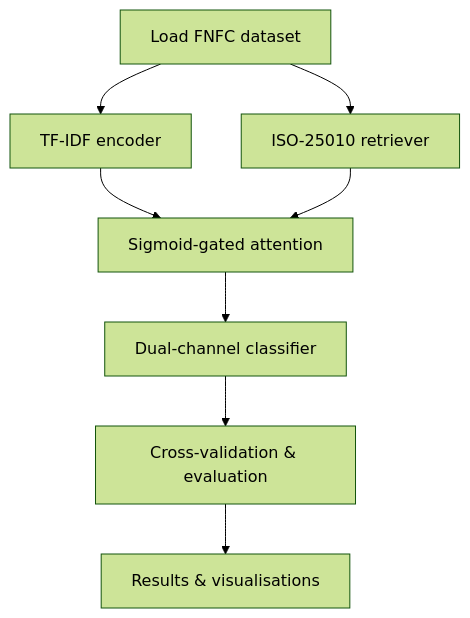
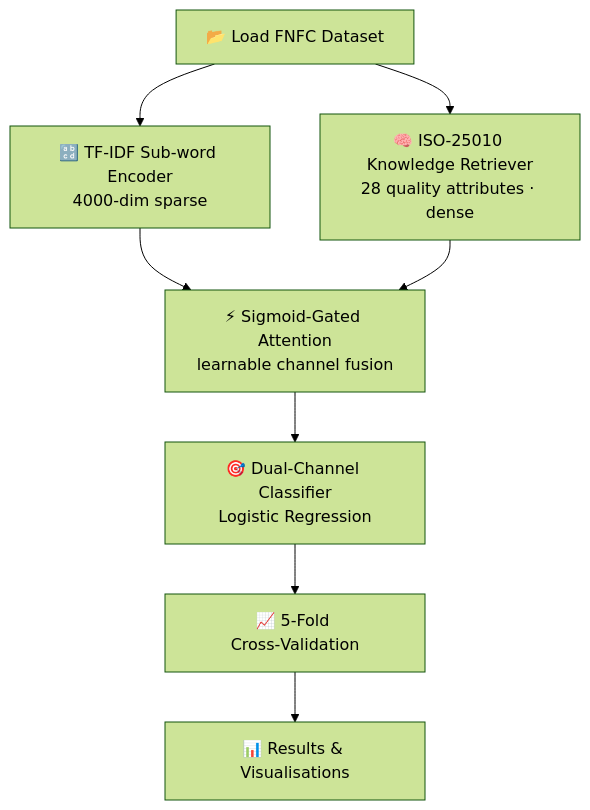
Before and after one commit to umertanveer25/iso-25010-rag: the diagram in README.md, drawn with Mermaid (forest theme). The commit also changed other lines of this file, not shown here.

````diff
--- a/README.md
+++ b/README.md
@@ -68,10 +43,10 @@
 ```mermaid
 flowchart TD
-    A[Load FNFC dataset] --> B[TF‑IDF encoder]
-    A --> C[ISO‑25010 retriever]
-    B --> D[Sigmoid‑gated attention]
+    A[📂 Load FNFC Dataset] --> B[🔡 TF‑IDF Sub‑word Encoder\n4000‑dim sparse]
+    A --> C[🧠 ISO‑25010 Knowledge Retriever\n28 quality attributes · dense]
+    B --> D[⚡ Sigmoid‑Gated Attention\nlearnable channel fusion]
     C --> D
-    D --> E[Dual‑channel classifier]
-    E --> F[Cross‑validation & evaluation]
-    F --> G[Results & visualisations]
+    D --> E[🎯 Dual‑Channel Classifier\nLogistic Regression]
+    E --> F[📈 5‑Fold Cross‑Validation]
+    F --> G[📊 Results & Visualisations]
 ```
````
